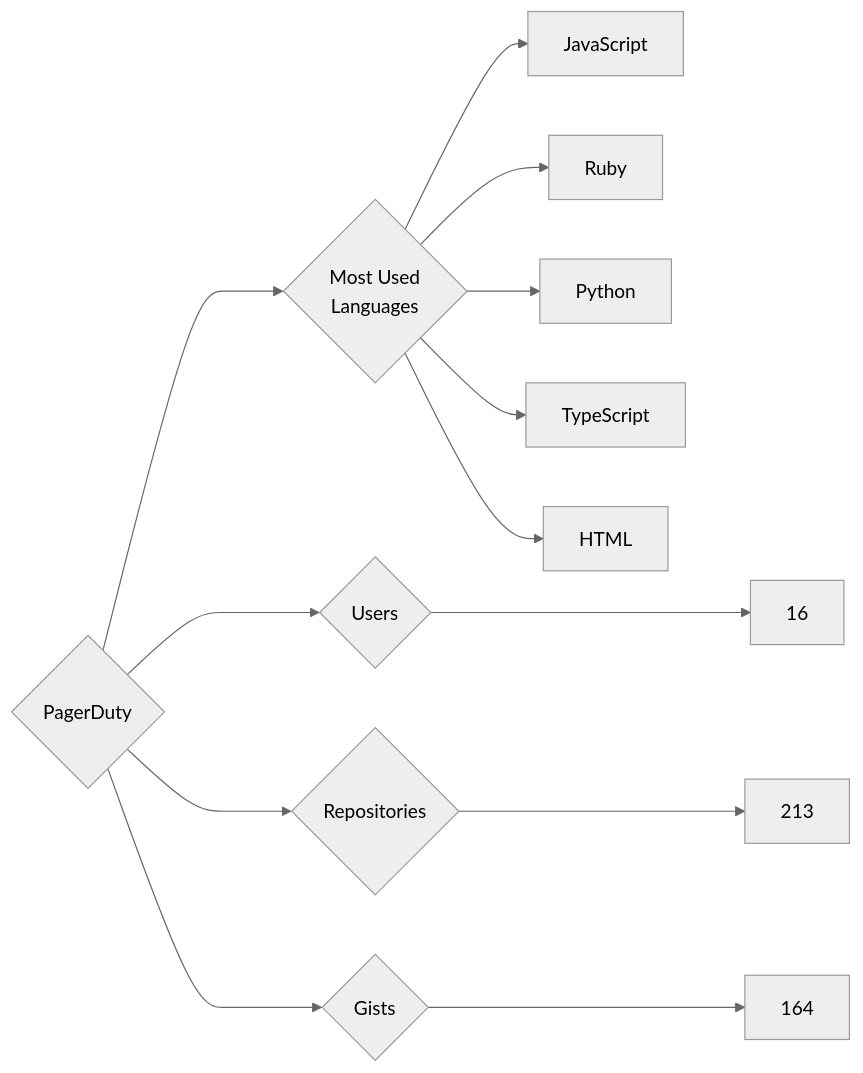
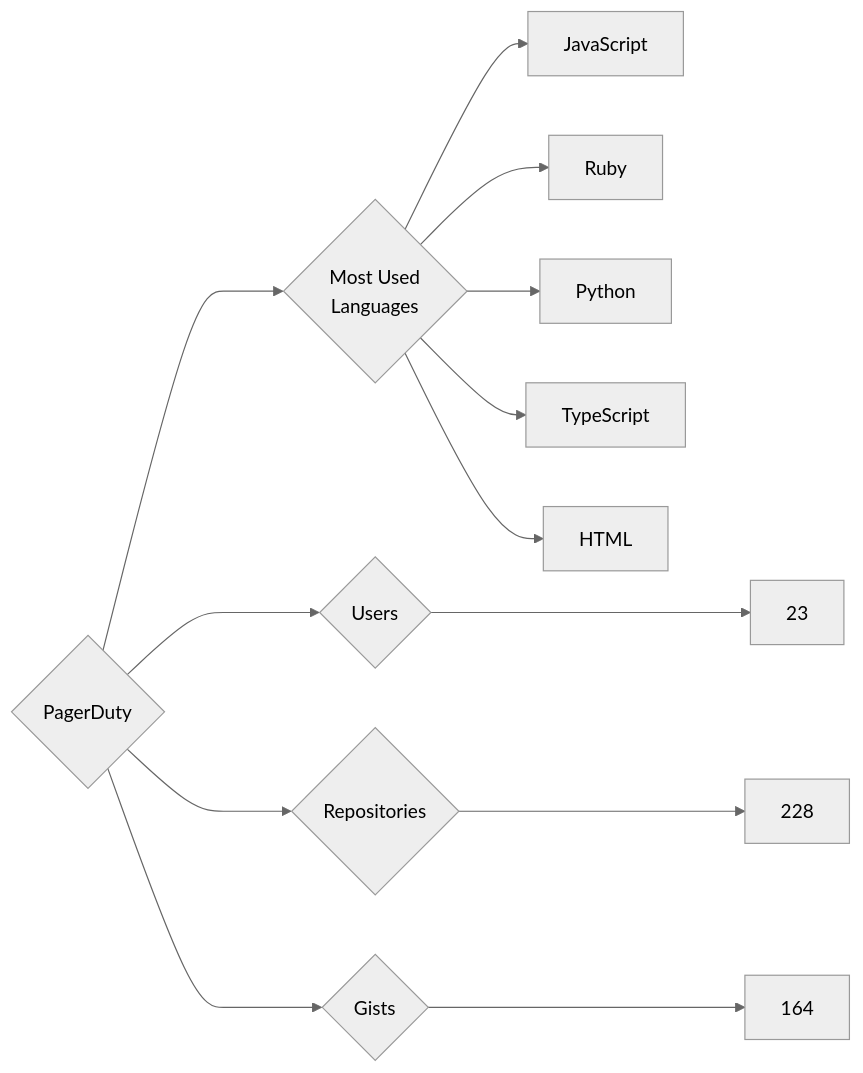
One commit to trickest/insiders changed the diagram in targets/PagerDuty/README.md. Above: the diagram before and after it, drawn with Mermaid (neutral theme). The commit also changed 770 other files, not shown here.

````diff
--- a/targets/PagerDuty/README.md
+++ b/targets/PagerDuty/README.md
@@ -3,13 +3,13 @@
 ```mermaid
 graph LR
 COMPANY_NAME{PagerDuty}
-COMPANY_NAME ---> U{Users} ---> UN[16]
-COMPANY_NAME ---> R{Repositories} ---> RN[213]
+COMPANY_NAME ---> U{Users} ---> UN[23]
+COMPANY_NAME ---> R{Repositories} ---> RN[228]
 COMPANY_NAME ---> G{Gists} ---> GN[164]
 COMPANY_NAME ---> ML{Most Used<br>Languages}
 ML --> JavaScript[JavaScript]
 ML --> Ruby[Ruby]
 ML --> Python[Python]
 ML --> TypeScript[TypeScript]
 ML --> HTML[HTML]
 ```
````
